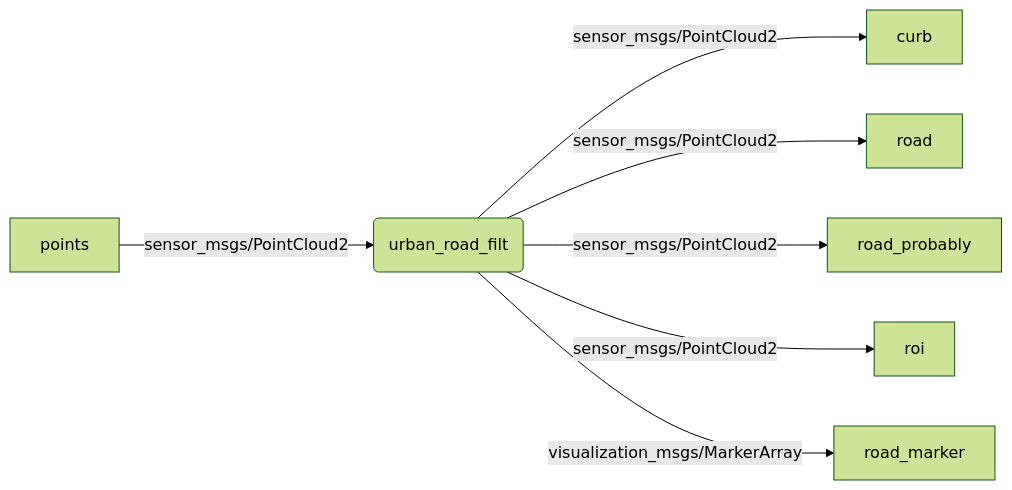
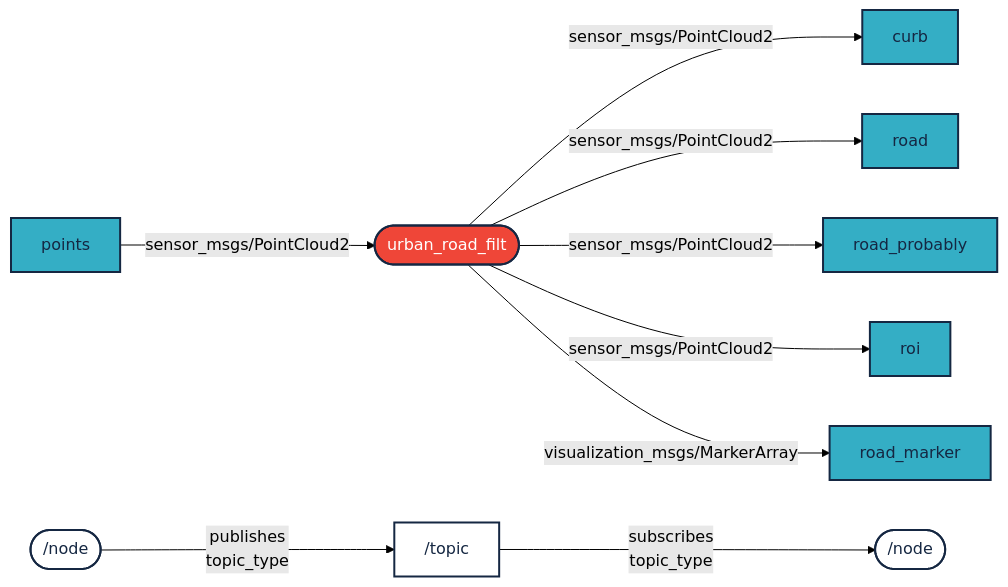
One commit to sze-info/arj changed the diagram in docs/bevezetes/ros1.md. Above: the diagram before and after it, drawn with Mermaid (forest theme). The commit also changed 2 other files, not shown here.

Commit message:
Folyamtábrák frissítve mermaid leírás szerint

````diff
--- a/docs/bevezetes/ros1.md
+++ b/docs/bevezetes/ros1.md
@@ -114,11 +114,19 @@
 ```mermaid
 flowchart LR
 
-P[points] -->|sensor_msgs/PointCloud2| U(urban_road_filt)
-U --> |sensor_msgs/PointCloud2| A[curb]
-U --> |sensor_msgs/PointCloud2| B[road] 
-U --> |sensor_msgs/PointCloud2| C[road_probably]
-U --> |sensor_msgs/PointCloud2| D[roi]
-U --> |visualization_msgs/MarkerArray| E[road_marker]
+P[points]:::light -->|sensor_msgs/PointCloud2| U([urban_road_filt]):::red
+U --> |sensor_msgs/PointCloud2| A[curb]:::light
+U --> |sensor_msgs/PointCloud2| B[road]:::light 
+U --> |sensor_msgs/PointCloud2| C[road_probably]:::light
+U --> |sensor_msgs/PointCloud2| D[roi]:::light
+U --> |visualization_msgs/MarkerArray| E[road_marker]:::light
+
+n1([ /node]):::white -- publishes</br>topic_type --> t[ /topic]:::white
+t -- subscribes</br>topic_type --> n2([ /node]):::white
+
+classDef light fill:#34aec5,stroke:#152742,stroke-width:2px,color:#152742  
+classDef dark fill:#152742,stroke:#34aec5,stroke-width:2px,color:#34aec5
+classDef white fill:#ffffff,stroke:#152742,stroke-width:2px,color:#152742
+classDef red fill:#ef4638,stroke:#152742,stroke-width:2px,color:#fff
 
 ```
````
